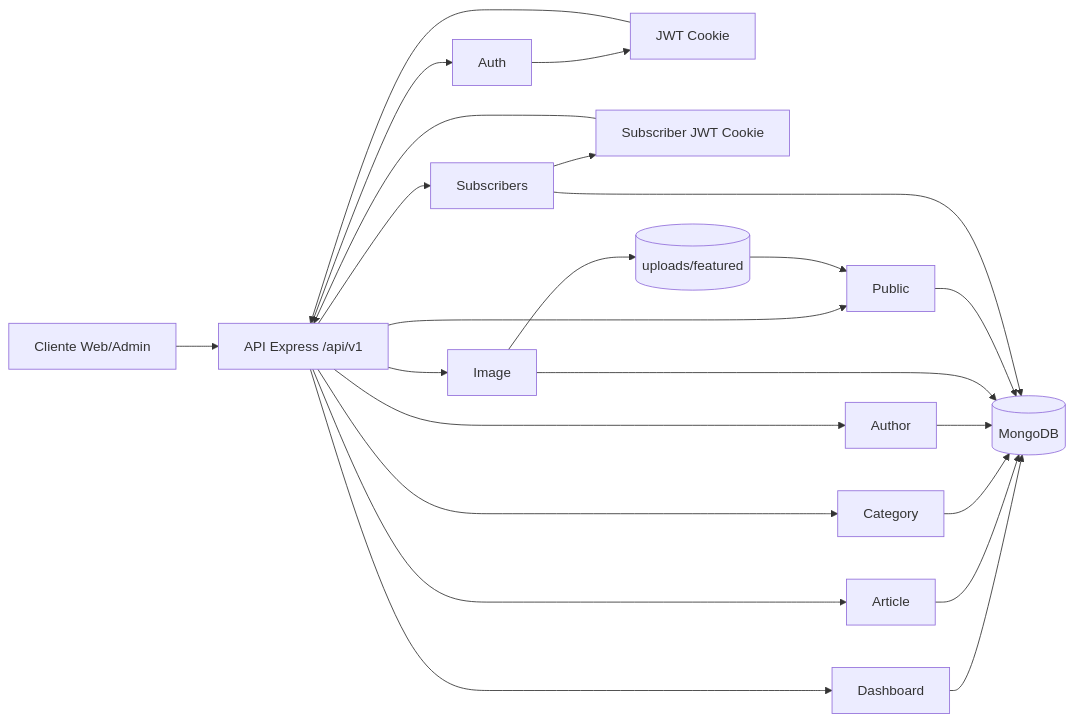
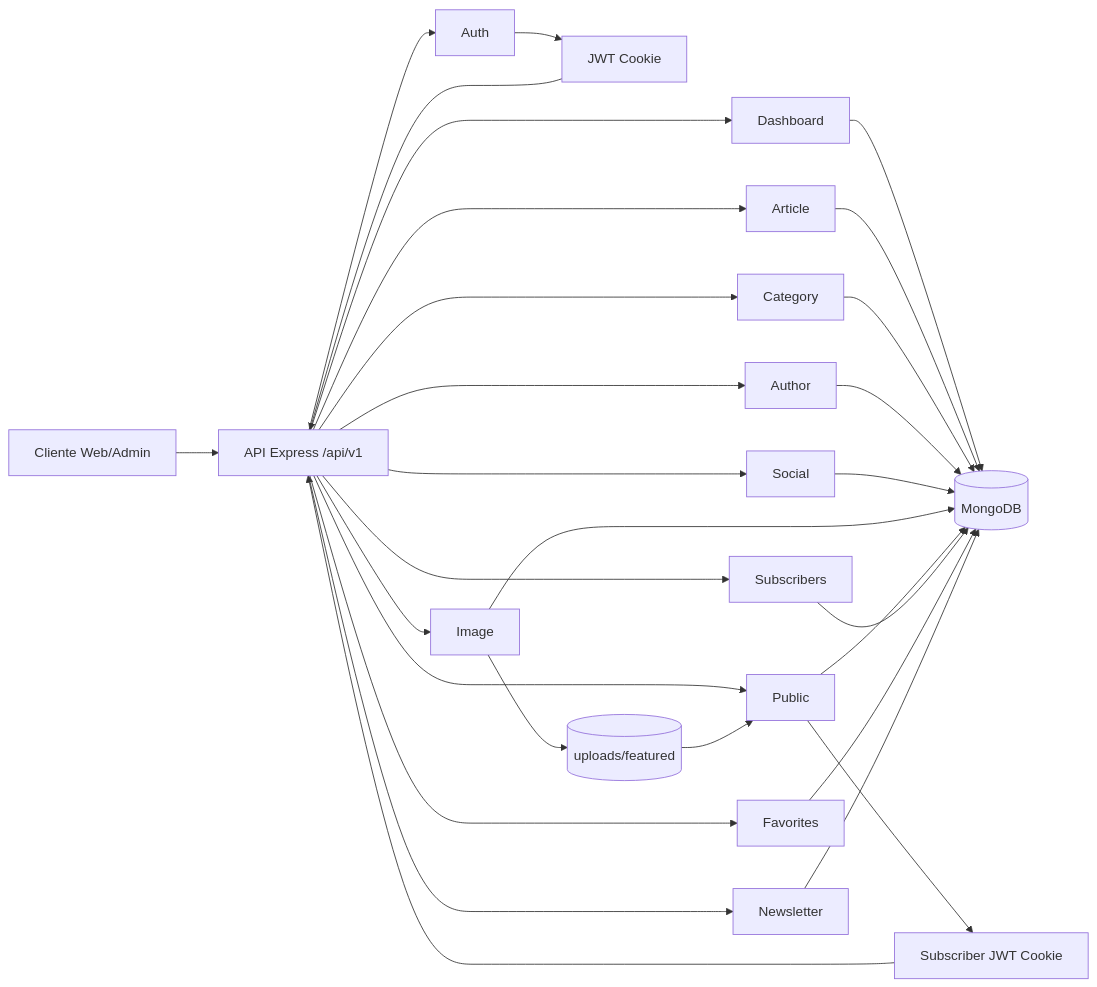
One commit to carlosbrisenoDev/periodico-ia-front changed the first of 2 diagrams in docs/endpionts.md. Above: the diagram before and after it, drawn with Mermaid. The commit also changed other lines of this file and 22 other files, not shown here.

````diff
--- a/docs/endpionts.md
+++ b/docs/endpionts.md
@@ -18,28 +21,34 @@
 ```mermaid
 flowchart LR
   C[Cliente Web/Admin] --> A[API Express /api/v1]
   A --> M1[Auth]
   A --> M2[Dashboard]
   A --> M3[Article]
   A --> M4[Category]
   A --> M5[Author]
-  A --> M6[Image]
-  A --> M7[Public]
-  A --> M8[Subscribers]
+  A --> M6[Social]
+  A --> M7[Image]
+  A --> M8[Public]
+  A --> M9[Subscribers]
+  A --> M10[Favorites]
+  A --> M11[Newsletter]
 
   M1 --> J[JWT Cookie]
   M8 --> SJ[Subscriber JWT Cookie]
   J --> A
   SJ --> A
 
   M2 --> DB[(MongoDB)]
   M3 --> DB
   M4 --> DB
   M5 --> DB
   M6 --> DB
   M7 --> DB
   M8 --> DB
+  M9 --> DB
+  M10 --> DB
+  M11 --> DB
 
-  M6 --> FS[(uploads/featured)]
-  FS --> M7
+  M7 --> FS[(uploads/featured)]
+  FS --> M8
 ```
````
